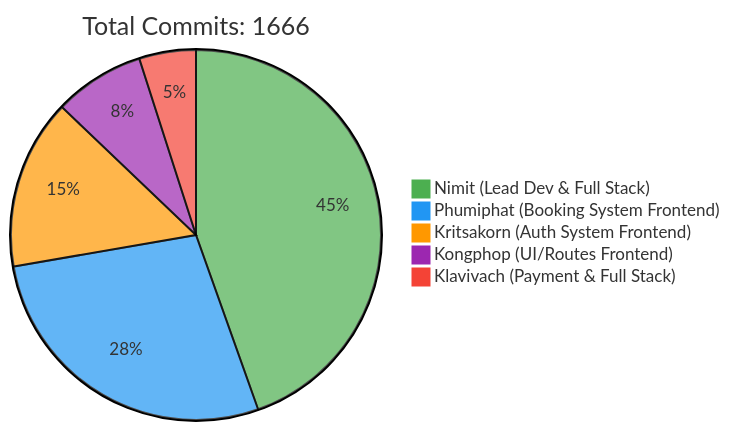
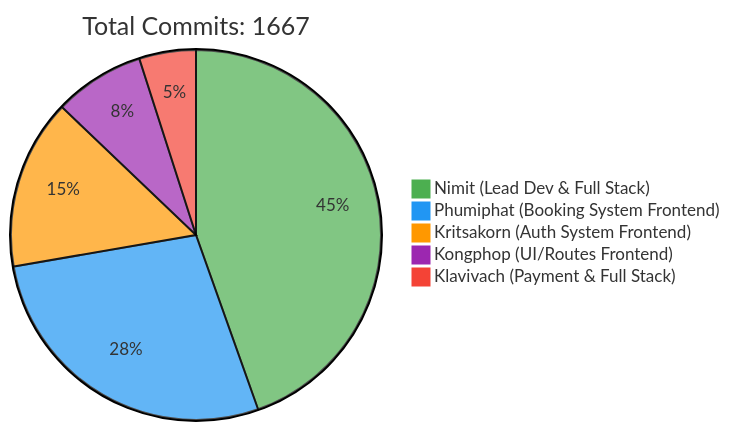
The first of 2 diagrams in README.md (6531503042/Sport-Complex), drawn with Mermaid before and after one commit. The commit also changed other lines of this file, not shown here.

Commit message:
docs: Update contributor statistics [skip ci]

````diff
--- a/README.md
+++ b/README.md
@@ -257,10 +257,10 @@
 ```mermaid
 %%{init: {'theme': 'base', 'themeVariables': { 'pie1': '#4CAF50', 'pie2': '#2196F3', 'pie3': '#FF9800', 'pie4': '#9C27B0', 'pie5': '#F44336'}}}%%
 pie
-    title Total Commits: 1666
+    title Total Commits: 1667
     "Nimit (Lead Dev & Full Stack)" : 450
     "Phumiphat (Booking System Frontend)" : 280
     "Kritsakorn (Auth System Frontend)" : 150
     "Kongphop (UI/Routes Frontend)" : 80
     "Klavivach (Payment & Full Stack)" : 50
 ```
````
